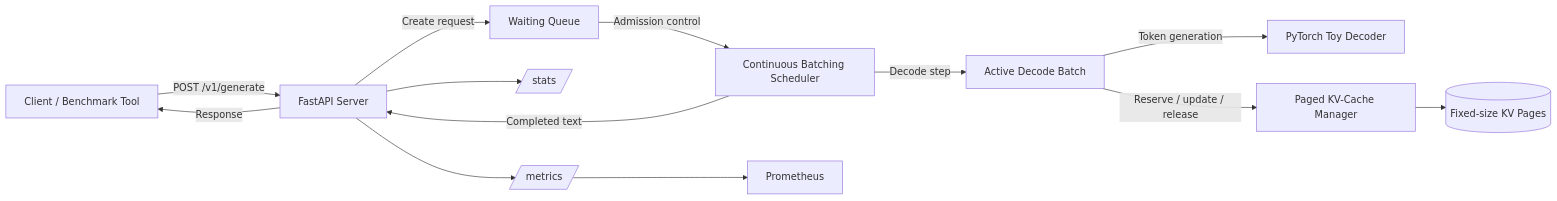
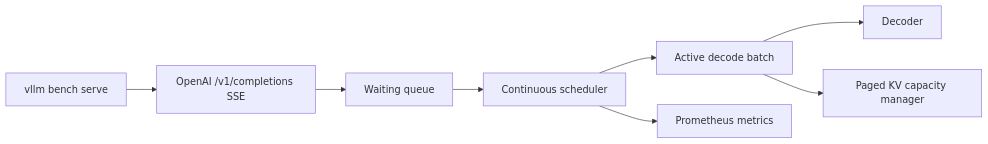
The diagram in README.md (souvikDevloper/InferEngine), drawn with Mermaid before and after one commit. The commit also changed other lines of this file and 9 other files, not shown here.

````diff
--- a/README.md
+++ b/README.md
@@ -37,16 +31,10 @@
 ```mermaid
 flowchart LR
-    Client[Client / Benchmark Tool] -->|POST /v1/generate| API[FastAPI Server]
-    API -->|Create request| WaitQ[Waiting Queue]
-    WaitQ -->|Admission control| Sched[Continuous Batching Scheduler]
-    Sched -->|Decode step| Batch[Active Decode Batch]
-    Batch -->|Token generation| Model[PyTorch Toy Decoder]
-    Batch -->|Reserve / update / release| KV[ Paged KV-Cache Manager ]
-    KV --> Pages[(Fixed-size KV Pages)]
-    Sched -->|Completed text| API
-    API -->|Response| Client
-
-    API --> Stats[/stats/]
-    API --> Metrics[/metrics/]
-    Metrics --> Prom[Prometheus]
+    V["vllm bench serve"] --> O["OpenAI /v1/completions SSE"]
+    O --> Q[Waiting queue]
+    Q --> S[Continuous scheduler]
+    S --> A[Active decode batch]
+    A --> M[Decoder]
+    A --> K[Paged KV capacity manager]
+    S --> P[Prometheus metrics]
 ```
````
